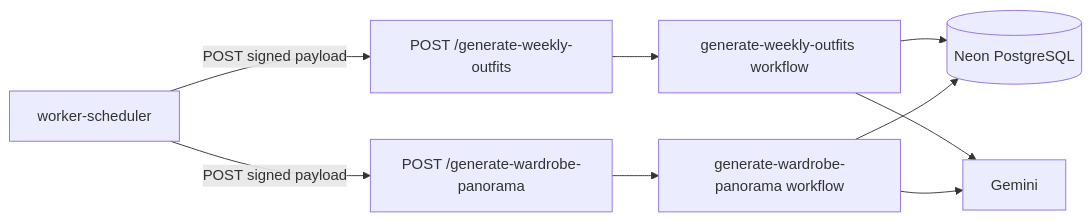
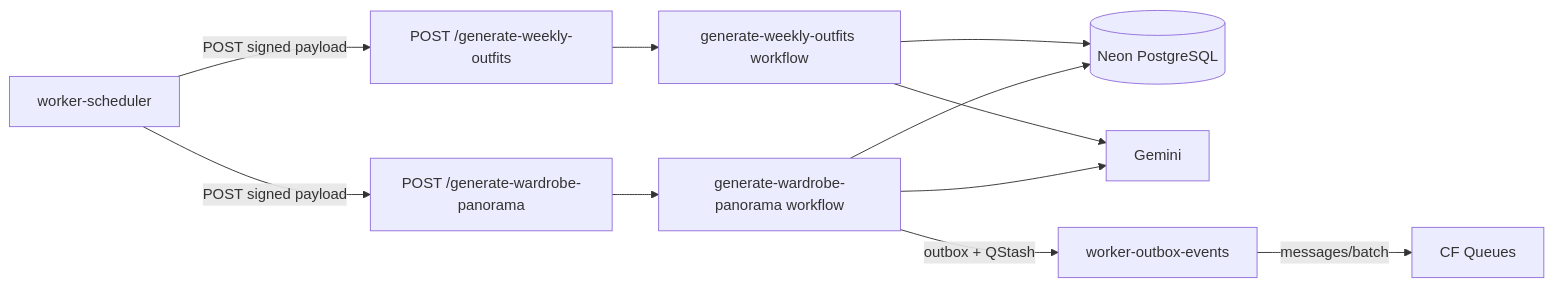
Before and after one commit to emmanuelviniciusdev/SkyDIIV--backstage: the diagram in apps/worker-ai-workflows/README.md, drawn with Mermaid. The commit also changed other lines of this file and 26 other files, not shown here.

````diff
--- a/apps/worker-ai-workflows/README.md
+++ b/apps/worker-ai-workflows/README.md
@@ -15,11 +15,13 @@
 ```mermaid
 flowchart LR
     SCHED["worker-scheduler"] -->|POST signed payload| WO["POST /generate-weekly-outfits"]
     SCHED -->|POST signed payload| WP["POST /generate-wardrobe-panorama"]
     WO --> WFW["generate-weekly-outfits workflow"]
     WP --> PFW["generate-wardrobe-panorama workflow"]
     WFW --> DB[("Neon PostgreSQL")]
     PFW --> DB
     WFW --> LLM["Gemini"]
     PFW --> LLM
+    PFW -->|outbox + QStash| OUT["worker-outbox-events"]
+    OUT -->|messages/batch| CF["CF Queues"]
 ```
````
